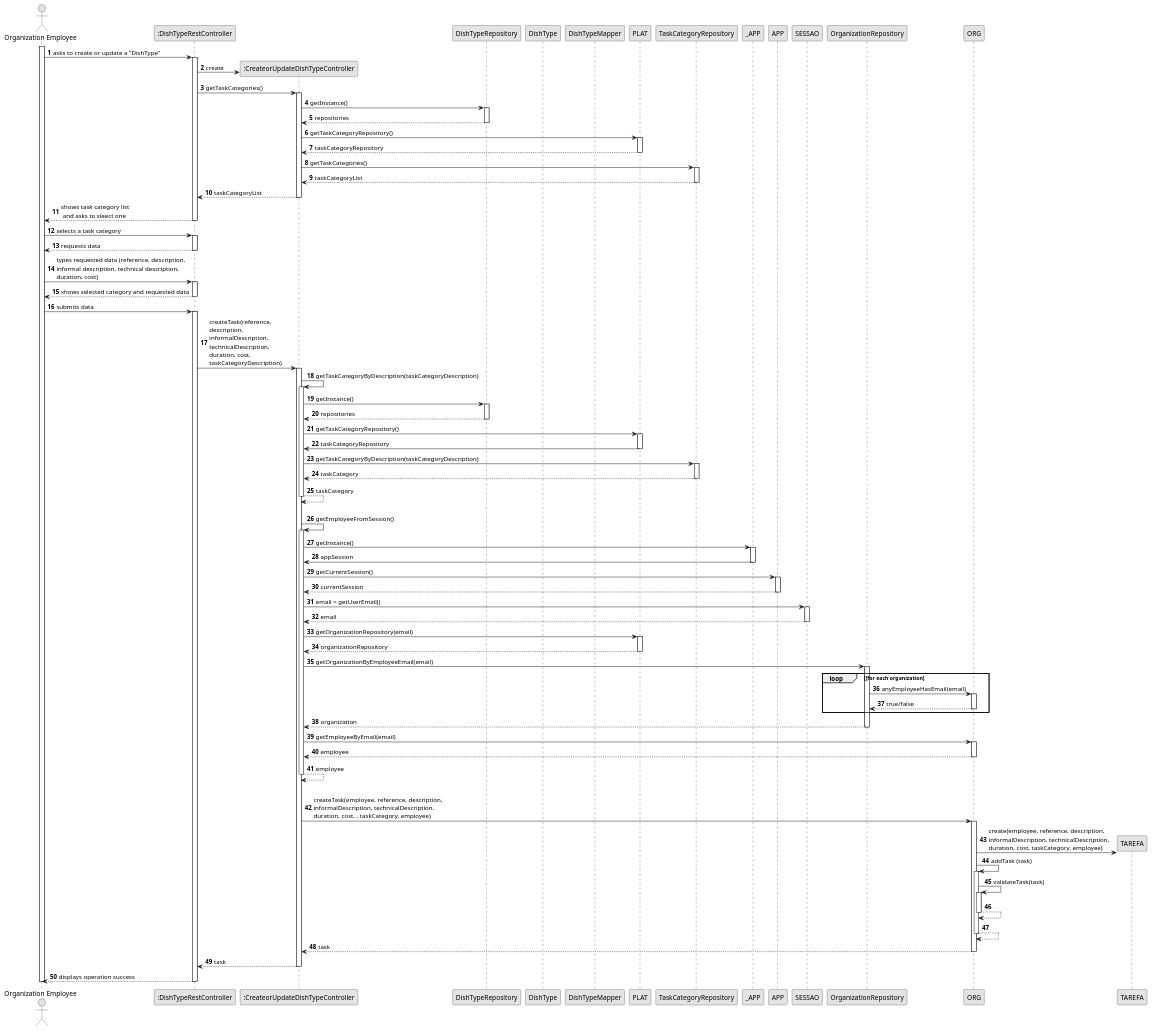
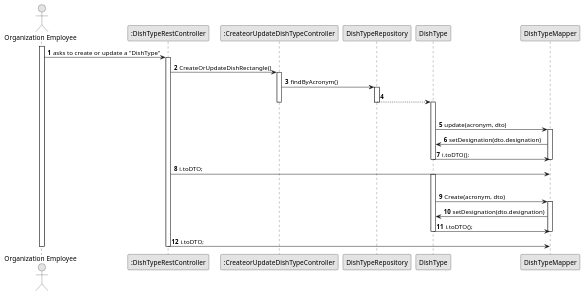
One commit to JoanaGaspar904/eCafetaria changed the diagram in docs/US003 — CreateOrUpdateDishType/03. Design/pulm/us003-sequence-diagram-full.puml. Above: the diagram before and after it, drawn with PlantUML. The commit also changed 7 other files, not shown here.

Commit message:
CreateOrUpdateDishTypeController creation, CreateOrUpdateDishTypeDTO creation,

```diff
--- a/docs/US003 — CreateOrUpdateDishType/03. Design/pulm/us003-sequence-diagram-full.puml
+++ b/docs/US003 — CreateOrUpdateDishType/03. Design/pulm/us003-sequence-diagram-full.puml
@@ -1,174 +1,59 @@
 @startuml
 skinparam monochrome true
 skinparam packageStyle rectangle
 skinparam shadowing false
 
 autonumber
 
 'hide footbox
 actor "Organization Employee" as ADM
 participant ":DishTypeRestController" as UI
 participant ":CreateorUpdateDishTypeController" as CTRL
 participant "DishTypeRepository" as RepositorySingleton
 participant "DishType" as Class
 participant "DishTypeMapper" as Mapper
 
 activate ADM
 
         ADM -> UI : asks to create or update a "DishType"
 
         activate UI
 
 '            UI --> ADM : requests data (reference, description,  informal \n description, technical description, duration, cost)
             'create CTRL
-            UI -> CTRL** : create
 
-            UI -> CTRL : getTaskCategories()
+
+            UI -> CTRL : CreateOrUpdateDishRectangle()
             activate CTRL
 
-                CTRL -> RepositorySingleton : getInstance()
+                CTRL -> RepositorySingleton : findByAcronym()
                 activate RepositorySingleton
 
-                    RepositorySingleton --> CTRL: repositories
+                    RepositorySingleton --> Class
                 deactivate RepositorySingleton
+            deactivate CTRL
+            alt SucessfullCase
+            activate Class
+             Class -> Mapper : update(acronym, dto)
+             activate Mapper
+             Mapper -> Class : setDesignation(dto.designation)
+             Class -> Mapper : i.toDTO();
+             deactivate Class
+             deactivate Mapper
+             Mapper <- UI :i.toDTO;
 
-                CTRL -> PLAT : getTaskCategoryRepository()
-                activate PLAT
+             alt NotSucessfulCase
+             activate Class
+             Class -> Mapper : Create(acronym, dto)
+             activate Mapper
+             Mapper -> Class : setDesignation(dto.designation)
+             Class -> Mapper : i.toDTO();
+             deactivate Class
+             deactivate Mapper
+              Mapper <- UI :i.toDTO;
 
-                    PLAT --> CTRL: taskCategoryRepository
-                deactivate PLAT
-
-                CTRL -> TaskCategoryRepository : getTaskCategories()
-                activate TaskCategoryRepository
-
-                    TaskCategoryRepository --> CTRL : taskCategoryList
-                deactivate TaskCategoryRepository
-
-                CTRL --> UI : taskCategoryList
-            deactivate CTRL
-
-            UI --> ADM : shows task category list\n and asks to sleect one
-        deactivate UI
-
-    ADM -> UI : selects a task category
-    activate UI
-
-        UI --> ADM : requests data
-    deactivate UI
-
-    ADM -> UI : types requested data (reference, description, \ninformal description, technical description,\nduration, cost)
-    activate UI
-
-        UI --> ADM : shows selected category and requested data
-    deactivate UI
-
-    ADM -> UI : submits data
-    activate UI
-
-        UI -> CTRL : createTask(reference,\ndescription,\ninformalDescription,\ntechnicalDescription,\nduration, cost,\ntaskCategoryDescription)
-        activate CTRL
-
-            CTRL -> CTRL : getTaskCategoryByDescription(taskCategoryDescription)
-            activate CTRL
-
-                CTRL -> RepositorySingleton : getInstance()
-                activate RepositorySingleton
-
-                    RepositorySingleton --> CTRL: repositories
-                deactivate RepositorySingleton
-
-                CTRL -> PLAT : getTaskCategoryRepository()
-                activate PLAT
-
-                    PLAT -> CTRL : taskCategoryRepository
-                deactivate PLAT
-
-                CTRL -> TaskCategoryRepository : getTaskCategoryByDescription(taskCategoryDescription)
-                activate TaskCategoryRepository
-
-                    TaskCategoryRepository --> CTRL : taskCategory
-                deactivate TaskCategoryRepository
-                    CTRL --> CTRL : taskCategory
-            deactivate CTRL
-
-            |||
-            CTRL -> CTRL : getEmployeeFromSession()
-            activate CTRL
-
-                CTRL -> _APP: getInstance()
-                activate _APP
-                    _APP -> CTRL: appSession
-                deactivate _APP
-
-
-                CTRL -> APP: getCurrentSession()
-                activate APP
-
-                    APP --> CTRL: currentSession
-                deactivate APP
-
-                CTRL -> SESSAO: email = getUserEmail()
-                activate SESSAO
-
-                    SESSAO --> CTRL: email
-                deactivate SESSAO
-
-
-                CTRL -> PLAT: getOrganizationRepository(email)
-                activate PLAT
-
-                    PLAT --> CTRL: organizationRepository
-                deactivate PLAT
-
-
-                CTRL -> OrganizationRepository: getOrganizationByEmployeeEmail(email)
-                activate OrganizationRepository
-
-                    loop [for each organization
-                        OrganizationRepository -> ORG : anyEmployeeHasEmail(email)
-                        activate ORG
-
-                             ORG --> OrganizationRepository : true/false
-                        deactivate ORG
-                    end
-                    OrganizationRepository --> CTRL : organization
-                deactivate OrganizationRepository
-
-                CTRL -> ORG: getEmployeeByEmail(email)
-                activate ORG
-
-                    ORG --> CTRL : employee
-                deactivate ORG
-
-                CTRL --> CTRL : employee
-            deactivate CTRL
-
-            |||
-            CTRL -> ORG: createTask(employee, reference, description,\ninformalDescription, technicalDescription,\nduration, cost, , taskCategory, employee)
-            activate ORG
-
-                ORG -> TAREFA**: create(employee, reference, description,\ninformalDescription, technicalDescription,\nduration, cost, taskCategory, employee)
-                ORG -> ORG: addTask (task)
-
-
-                activate ORG
-                    ORG -> ORG: validateTask(task)
-                    activate ORG
-                        ORG --> ORG
-                    deactivate ORG
-
-                    ORG --> ORG
-                deactivate ORG
-
-                ORG --> CTRL : task
-
-            deactivate ORG
-
-            CTRL --> UI: task
-            deactivate CTRL
-            UI --> ADM: displays operation success
     deactivate UI
 
 deactivate ADM
 
 @enduml
```
